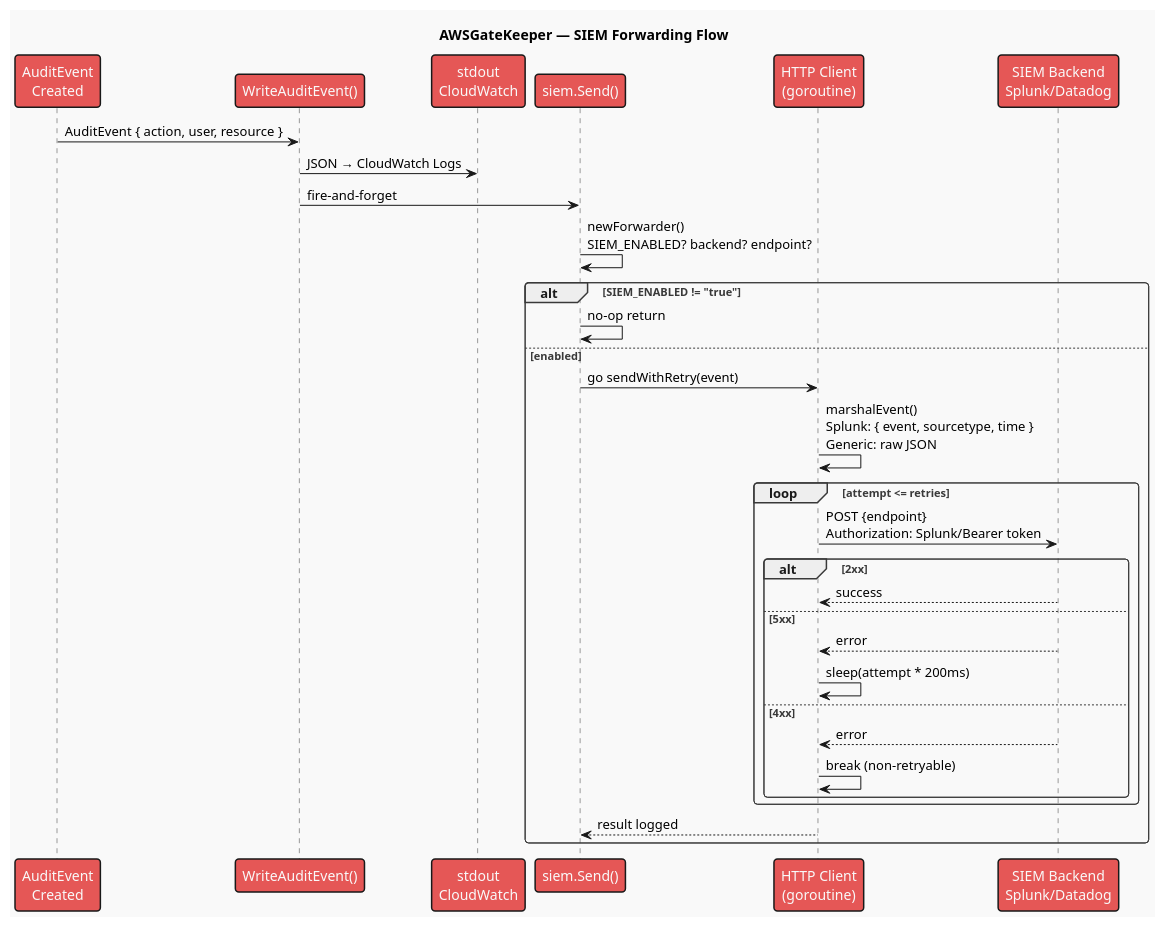
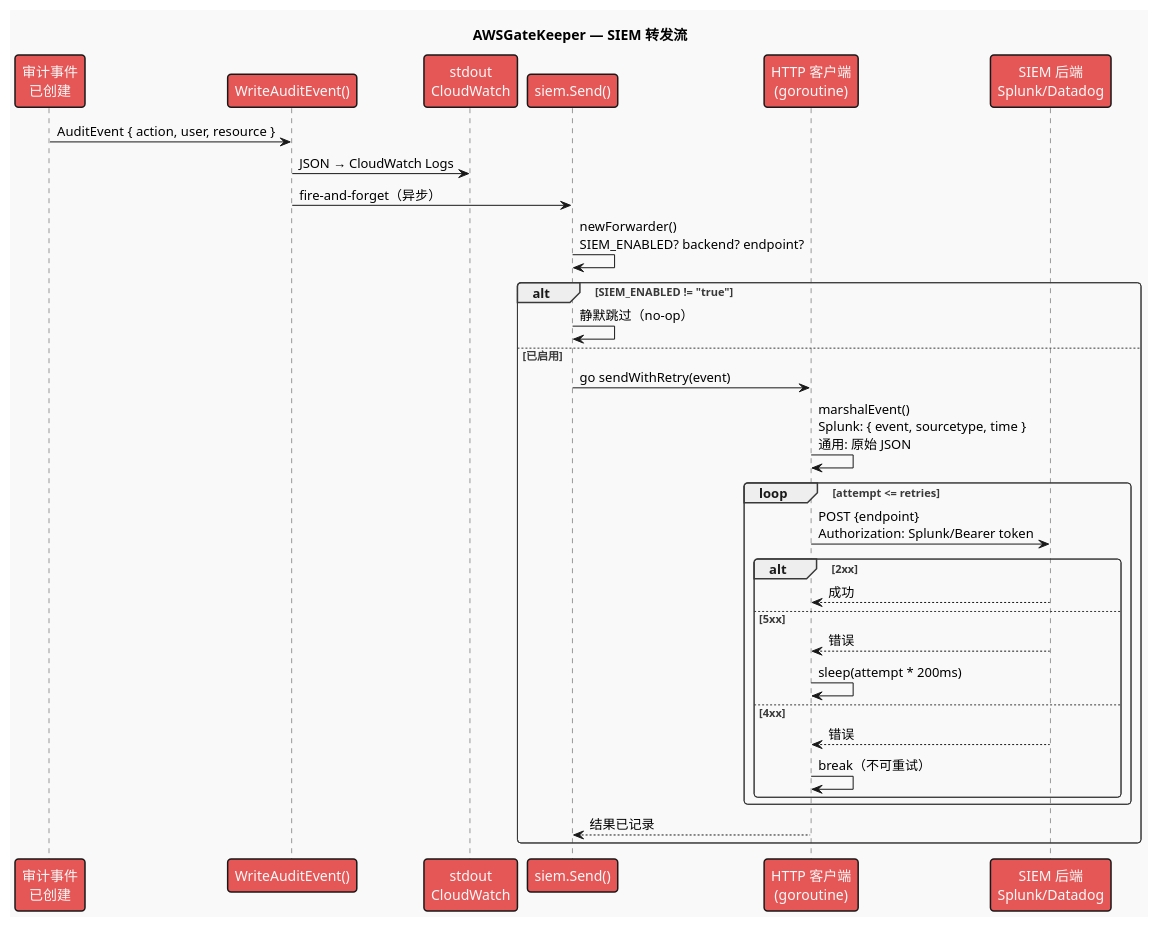
Before and after one commit to ctkqiang/AWSGateKeeper: the third of 3 diagrams in docs/SEQUENCE_ZH.puml, drawn with PlantUML. The commit also changed other lines of this file and 9 other files, not shown here.

First line of the commit message:
docs: 更新文档与架构图，重构webhook与事件处理代码

```diff
--- a/docs/SEQUENCE_ZH.puml
+++ b/docs/SEQUENCE_ZH.puml
@@ -131,38 +131,38 @@
 @startuml
 !theme mars
 
-title AWSGateKeeper — SIEM Forwarding Flow
+title AWSGateKeeper — SIEM 转发流
 
-participant "AuditEvent\nCreated" as audit
+participant "审计事件\n已创建" as audit
 participant "WriteAuditEvent()" as write
 participant "stdout\nCloudWatch" as cw
 participant "siem.Send()" as send
-participant "HTTP Client\n(goroutine)" as http
-participant "SIEM Backend\nSplunk/Datadog" as siem
+participant "HTTP 客户端\n(goroutine)" as http
+participant "SIEM 后端\nSplunk/Datadog" as siem
 
 audit -> write : AuditEvent { action, user, resource }
 write -> cw : JSON → CloudWatch Logs
-write -> send : fire-and-forget
+write -> send : fire-and-forget（异步）
 
 send -> send : newForwarder()\nSIEM_ENABLED? backend? endpoint?
 alt SIEM_ENABLED != "true"
-    send -> send : no-op return
-else enabled
+    send -> send : 静默跳过（no-op）
+else 已启用
     send -> http : go sendWithRetry(event)
-    http -> http : marshalEvent()\nSplunk: { event, sourcetype, time }\nGeneric: raw JSON
+    http -> http : marshalEvent()\nSplunk: { event, sourcetype, time }\n通用: 原始 JSON
     loop attempt <= retries
         http -> siem : POST {endpoint}\nAuthorization: Splunk/Bearer token
         alt 2xx
-            siem --> http : success
+            siem --> http : 成功
         else 5xx
-            siem --> http : error
+            siem --> http : 错误
             http -> http : sleep(attempt * 200ms)
         else 4xx
-            siem --> http : error
-            http -> http : break (non-retryable)
+            siem --> http : 错误
+            http -> http : break（不可重试）
         end
     end
-    http --> send : result logged
+    http --> send : 结果已记录
 end
 
 @enduml
```
